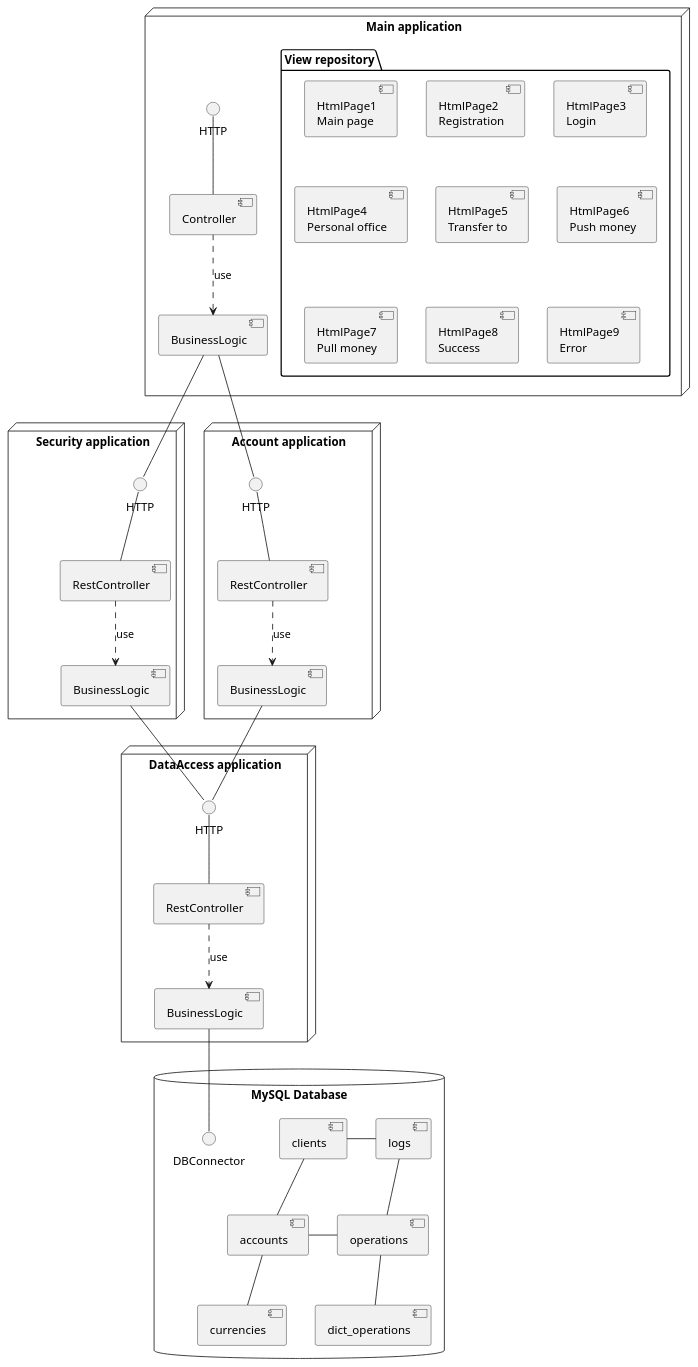
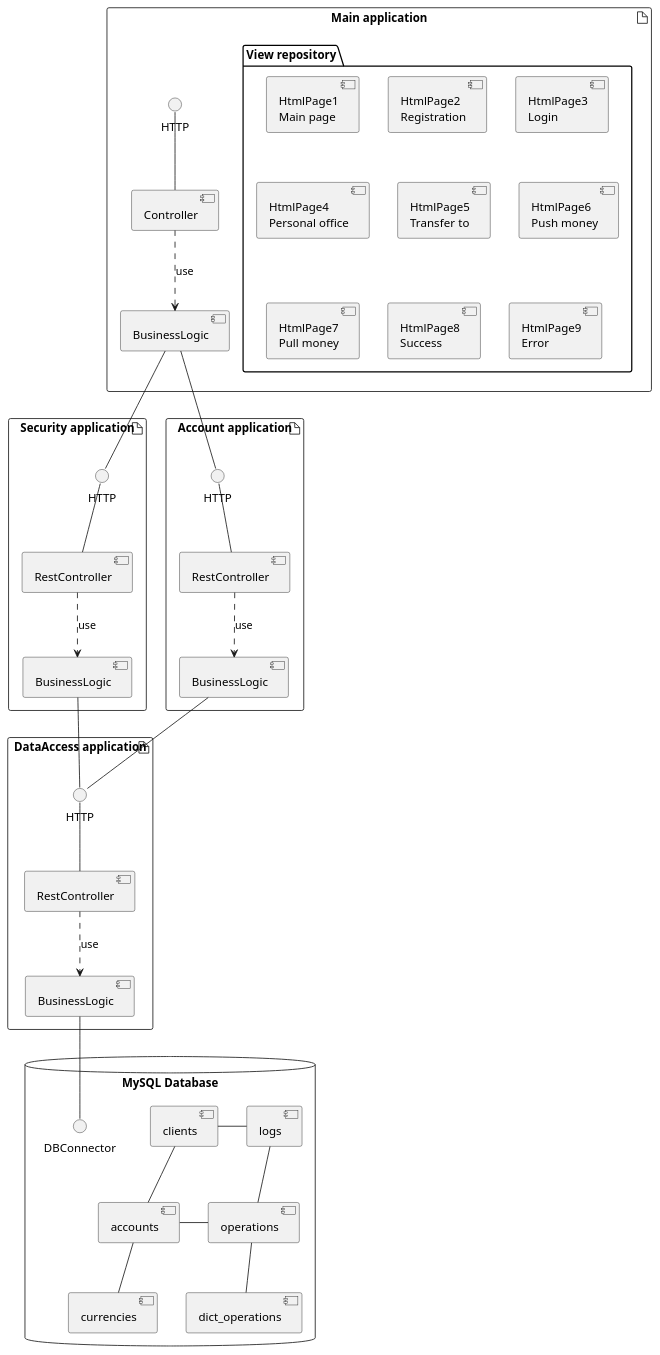
One commit to Dartya/SberMiniBank changed the diagram in docs/ru.sber.alex.minibank/design/uml/component/Component.puml. Above: the diagram before and after it, drawn with PlantUML. The commit also changed 3 other files, not shown here.

Commit message:
Разработал UML диаграмму последовательностей Внес изменения в диаграммы: -развертывания -компонентов

```diff
--- a/docs/ru.sber.alex.minibank/design/uml/component/Component.puml
+++ b/docs/ru.sber.alex.minibank/design/uml/component/Component.puml
@@ -1,75 +1,75 @@
 @startuml
 
-node "Main application" {
+artifact "Main application" {
     interface "HTTP" as httpMainApp
     [Controller] as controllerMainApp
     [BusinessLogic] as busLogMainApp
 
     controllerMainApp .down.> busLogMainApp :use
     controllerMainApp -up- httpMainApp
 
     folder "View repository" {
         [HtmlPage1\nMain page]
         [HtmlPage2\nRegistration]
         [HtmlPage3\nLogin]
         [HtmlPage4\nPersonal office]
         [HtmlPage5\nTransfer to]
         [HtmlPage6\nPush money]
         [HtmlPage7\nPull money]
         [HtmlPage8\nSuccess]
         [HtmlPage9\nError]
     }
 }
 
-node "Security application" {
+artifact "Security application" {
     interface "HTTP" as httpSecApp
     [RestController] as restConSecApp
     [BusinessLogic] as busLogSecApp
 
     restConSecApp -up- httpSecApp
     restConSecApp ..> busLogSecApp: use
 }
 
-node "Account application" {
+artifact "Account application" {
     interface "HTTP" as httpAccApp
     [RestController] as restConAccApp
     [BusinessLogic] as busLogAccApp
 
     restConAccApp -up- httpAccApp
     restConAccApp .down.> busLogAccApp: use
 }
 
-node "DataAccess application" {
+artifact "DataAccess application" {
     interface "HTTP" as httpDataApp
     [RestController] as restConDataApp
     [BusinessLogic] as busLogDataApp
 
     restConDataApp -up- httpDataApp
     restConDataApp .down.> busLogDataApp: use
 }
 
 database "MySQL Database" {
     interface DBConnector as jdbcSql
 
     [clients]
     [accounts]
     [currencies]
     [operations]
     [dict_operations]
     [logs]
 
     [clients] -down- [accounts]
     [currencies] -up- [accounts]
     [accounts] -right- [operations]
     [clients] -right- [logs]
     [logs] -down- [operations]
     [operations] -down- [dict_operations]
 }
 
 busLogMainApp -- httpSecApp
 busLogMainApp -- httpAccApp
 busLogSecApp -- httpDataApp
 busLogAccApp -- httpDataApp
 busLogDataApp -- jdbcSql
 
 @enduml
```
